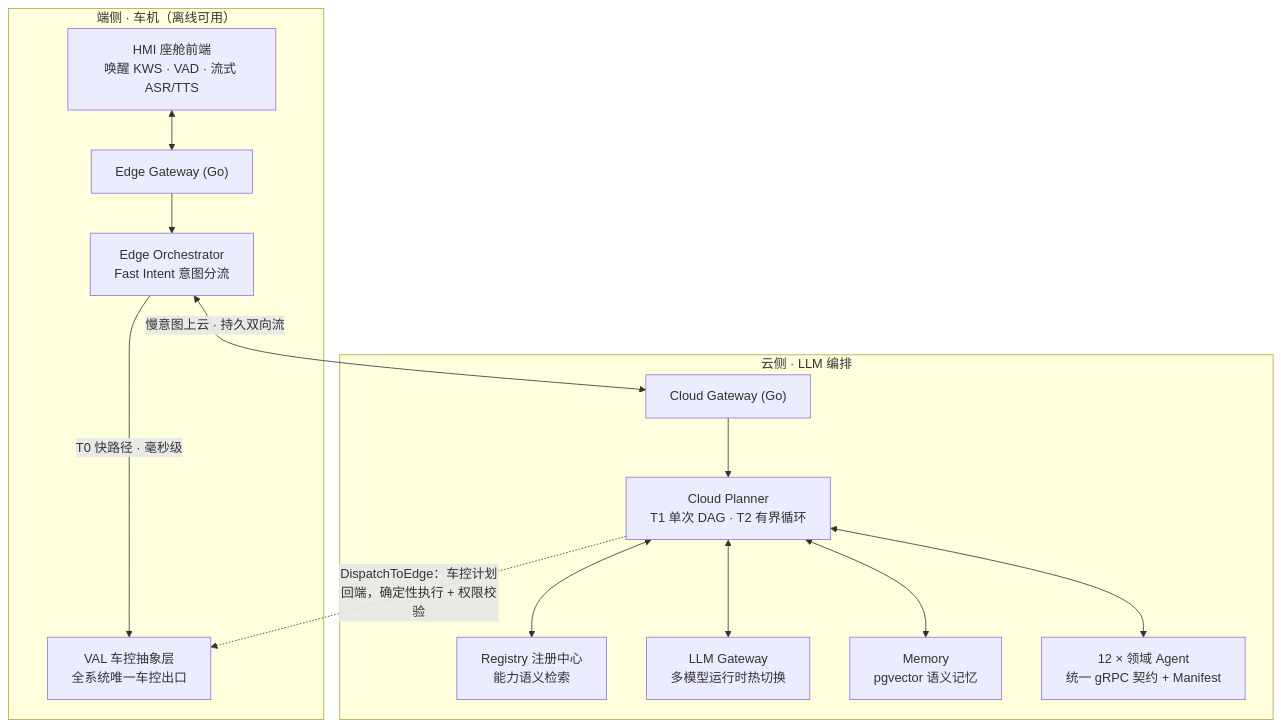
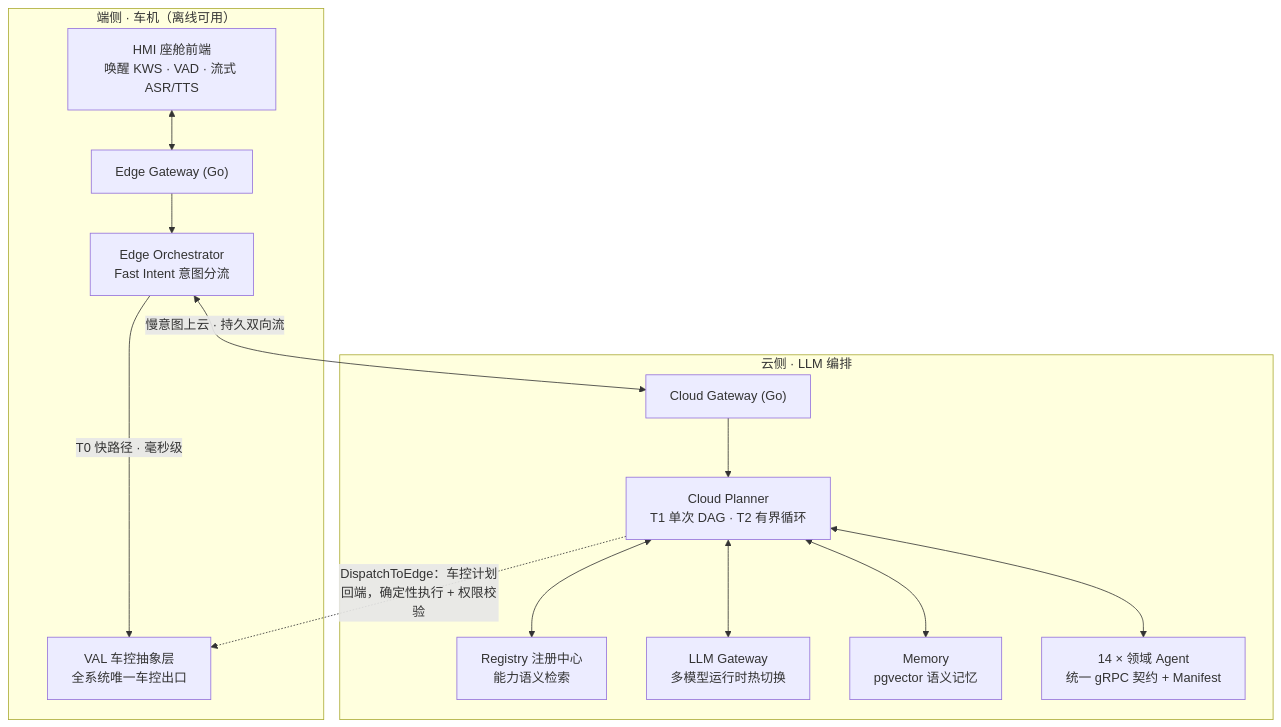
The diagram in README.md (SuperdeMan/cockpit-agent), drawn with Mermaid before and after one commit. The commit also changed other lines of this file and 4 other files, not shown here.

````diff
--- a/README.md
+++ b/README.md
@@ -55,27 +55,27 @@
 ```mermaid
 flowchart TB
     subgraph EDGE["端侧 · 车机（离线可用）"]
         HMI["HMI 座舱前端<br/>唤醒 KWS · VAD · 流式 ASR/TTS"]
         EGW["Edge Gateway (Go)"]
         EO["Edge Orchestrator<br/>Fast Intent 意图分流"]
         VAL["VAL 车控抽象层<br/>全系统唯一车控出口"]
         HMI <--> EGW
         EGW --> EO
         EO -->|"T0 快路径 · 毫秒级"| VAL
     end
     subgraph CLOUD["云侧 · LLM 编排"]
         CGW["Cloud Gateway (Go)"]
         CP["Cloud Planner<br/>T1 单次 DAG · T2 有界循环"]
         REG["Registry 注册中心<br/>能力语义检索"]
         LLM["LLM Gateway<br/>多模型运行时热切换"]
         MEM["Memory<br/>pgvector 语义记忆"]
-        AG["12 × 领域 Agent<br/>统一 gRPC 契约 + Manifest"]
+        AG["14 × 领域 Agent<br/>统一 gRPC 契约 + Manifest"]
         CGW --> CP
         CP <--> REG
         CP <--> LLM
         CP <--> MEM
         CP <--> AG
     end
     EO <-->|"慢意图上云 · 持久双向流"| CGW
     CP -.->|"DispatchToEdge：车控计划回端，确定性执行 + 权限校验"| VAL
 ```
````
